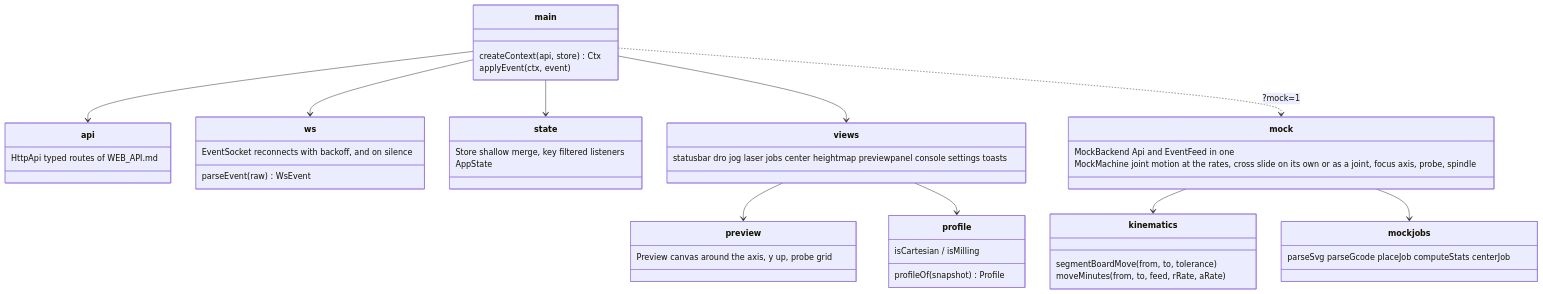
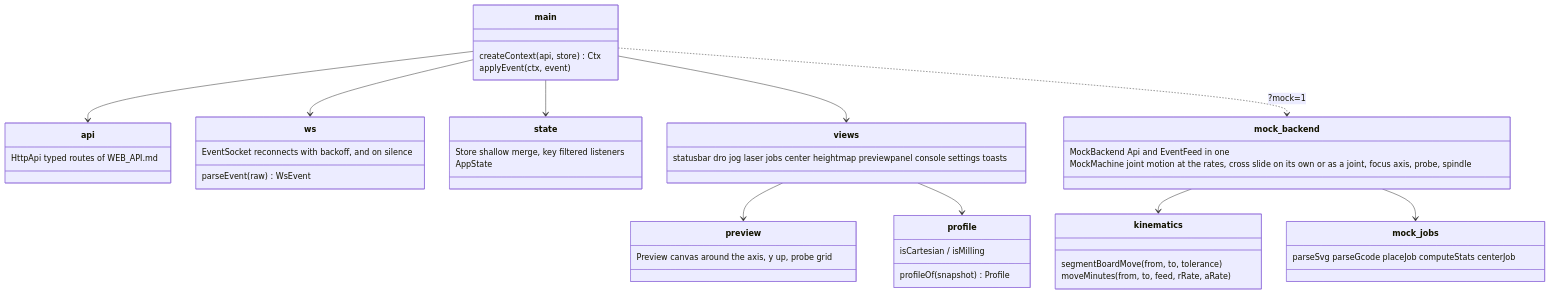
One commit to tmpk13/spinny-cnc changed the diagram in web/frontend/README.md. Above: the diagram before and after it, drawn with Mermaid. The commit also changed other lines of this file and 55 other files, not shown here.

````diff
--- a/web/frontend/README.md
+++ b/web/frontend/README.md
@@ -61,48 +62,48 @@
 ```mermaid
 classDiagram
     class main {
         createContext(api, store) Ctx
         applyEvent(ctx, event)
     }
     class api {
         HttpApi  typed routes of WEB_API.md
     }
     class ws {
         EventSocket  reconnects with backoff, and on silence
         parseEvent(raw) WsEvent
     }
     class state {
         Store  shallow merge, key filtered listeners
         AppState
     }
     class views {
         statusbar dro jog laser jobs center heightmap previewpanel console settings toasts
     }
     class preview {
         Preview  canvas around the axis, y up, probe grid
     }
     class profile {
         profileOf(snapshot) Profile
         isCartesian / isMilling
     }
     class kinematics {
         segmentBoardMove(from, to, tolerance)
         moveMinutes(from, to, feed, rRate, aRate)
     }
-    class mock {
+    class mock_backend {
         MockBackend  Api and EventFeed in one
         MockMachine  joint motion at the rates, cross slide on its own or as a joint, focus axis, probe, spindle
     }
-    class mockjobs {
+    class mock_jobs {
         parseSvg parseGcode placeJob computeStats centerJob
     }
     main --> api
     main --> ws
     main --> state
     main --> views
     views --> preview
     views --> profile
-    mock --> kinematics
-    mock --> mockjobs
-    main ..> mock : ?mock=1
+    mock_backend --> kinematics
+    mock_backend --> mock_jobs
+    main ..> mock_backend : ?mock=1
 ```
````
